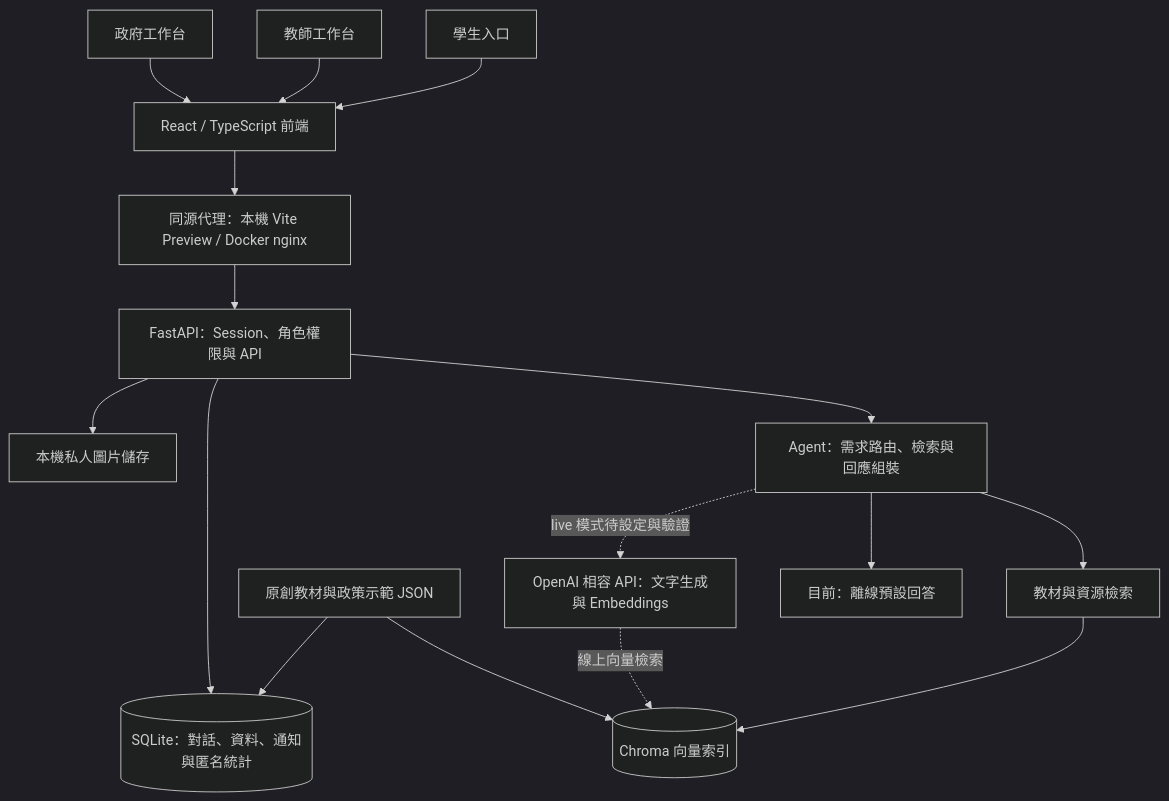
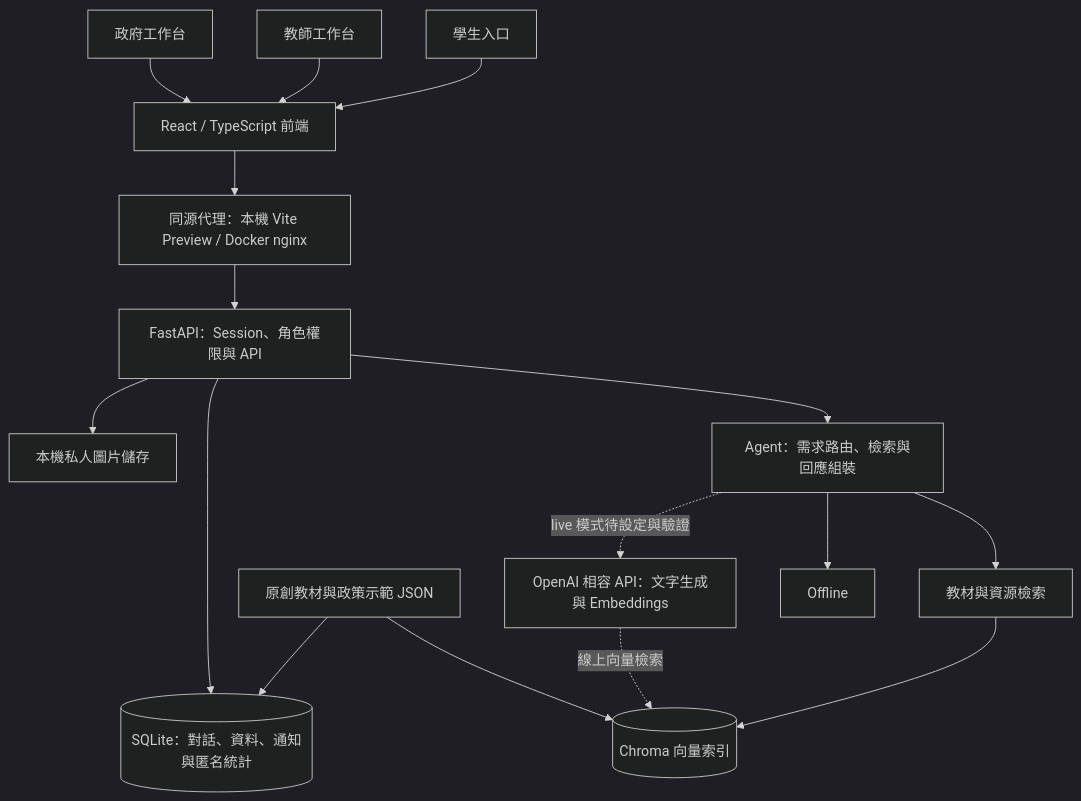
Before and after one commit to Jo-Leo-35/Fellow: the diagram in README.md, drawn with Mermaid (dark theme).

````diff
--- a/README.md
+++ b/README.md
@@ -51,18 +51,18 @@
 ```mermaid
 flowchart TD
     Student[學生入口] --> Web[React / TypeScript 前端]
     Teacher[教師工作台] --> Web
     Government[政府工作台] --> Web
     Web --> Proxy[同源代理：本機 Vite Preview / Docker nginx]
     Proxy --> API[FastAPI：Session、角色權限與 API]
     API --> Agent[Agent：需求路由、檢索與回應組裝]
     API --> DB[(SQLite：對話、資料、通知與匿名統計)]
     API --> Files[本機私人圖片儲存]
     Agent --> RAG[教材與資源檢索]
     RAG --> Chroma[(Chroma 向量索引)]
     Catalog[原創教材與政策示範 JSON] --> Chroma
     Catalog --> DB
-    Agent --> Offline[目前：離線預設回答]
+    Agent --> Offline
     Agent -. live 模式待設定與驗證 .-> Provider[OpenAI 相容 API：文字生成與 Embeddings]
     Provider -. 線上向量檢索 .-> Chroma
 ```
````
